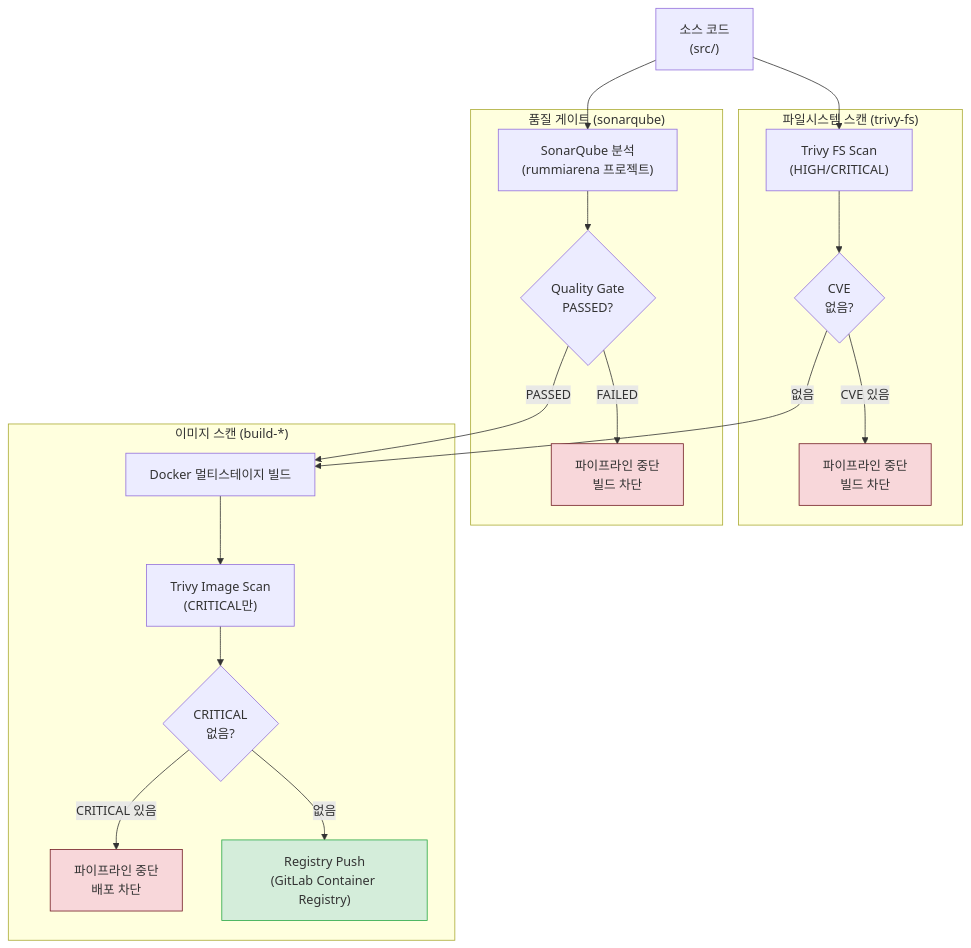
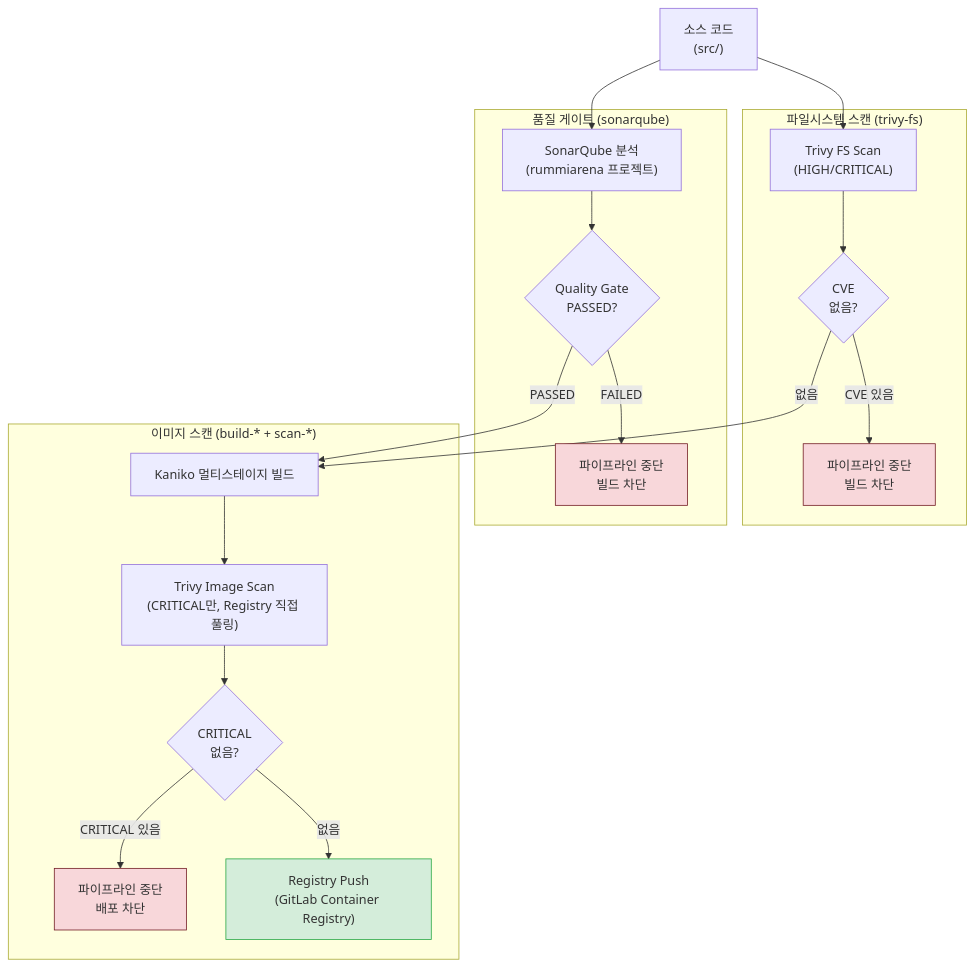
The fifth of 7 diagrams in docs/03-development/11-devsecops-cicd-guide.md (k82022603/RummiArena), drawn with Mermaid before and after one commit. The commit also changed other lines of this file and 15 other files, not shown here.

````diff
--- a/docs/03-development/11-devsecops-cicd-guide.md
+++ b/docs/03-development/11-devsecops-cicd-guide.md
@@ -392,42 +463,42 @@
 ```mermaid
 flowchart TB
     SRC["소스 코드\n(src/)"]
 
     subgraph FS_SCAN["파일시스템 스캔 (trivy-fs)"]
         TFS["Trivy FS Scan\n(HIGH/CRITICAL)"]
         TFS_PASS{"CVE\n없음?"}
         TFS_FAIL["파이프라인 중단\n빌드 차단"]
     end
 
     subgraph SQ_GATE["품질 게이트 (sonarqube)"]
         SQ["SonarQube 분석\n(rummiarena 프로젝트)"]
         SQGATE{"Quality Gate\nPASSED?"}
         SQ_FAIL["파이프라인 중단\n빌드 차단"]
     end
 
-    subgraph IMG_SCAN["이미지 스캔 (build-*)"]
-        BUILD["Docker 멀티스테이지 빌드"]
-        TRIVY_IMG["Trivy Image Scan\n(CRITICAL만)"]
+    subgraph IMG_SCAN["이미지 스캔 (build-* + scan-*)"]
+        BUILD["Kaniko 멀티스테이지 빌드"]
+        TRIVY_IMG["Trivy Image Scan\n(CRITICAL만, Registry 직접 풀링)"]
         IMG_PASS{"CRITICAL\n없음?"}
         IMG_FAIL["파이프라인 중단\n배포 차단"]
         PUSH["Registry Push\n(GitLab Container Registry)"]
     end
 
     SRC --> TFS --> TFS_PASS
     SRC --> SQ --> SQGATE
 
     TFS_PASS -->|"CVE 있음"| TFS_FAIL
     TFS_PASS -->|"없음"| BUILD
 
     SQGATE -->|"FAILED"| SQ_FAIL
     SQGATE -->|"PASSED"| BUILD
 
     BUILD --> TRIVY_IMG --> IMG_PASS
     IMG_PASS -->|"CRITICAL 있음"| IMG_FAIL
     IMG_PASS -->|"없음"| PUSH
 
     style TFS_FAIL fill:#f8d7da,stroke:#721c24
     style SQ_FAIL fill:#f8d7da,stroke:#721c24
     style IMG_FAIL fill:#f8d7da,stroke:#721c24
     style PUSH fill:#d4edda,stroke:#28a745
 ```
````
